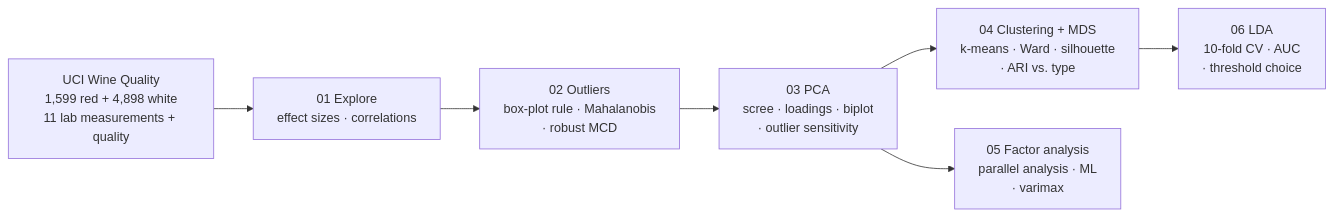
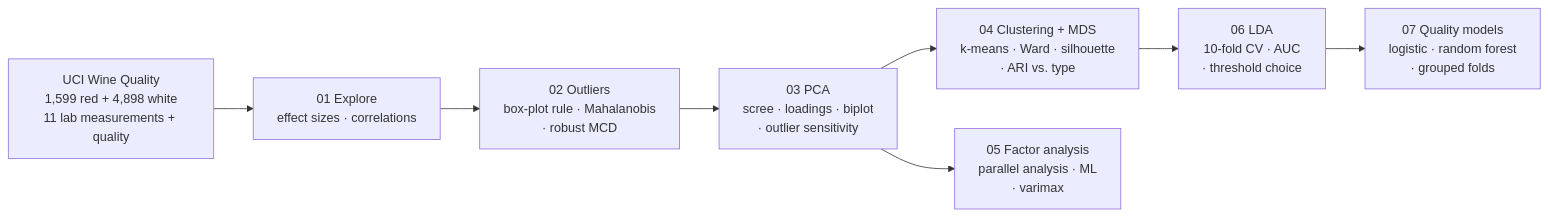
Before and after one commit to casildata/wine-quality-multivariate-analysis: the diagram in README.md, drawn with Mermaid. The commit also changed other lines of this file and 16 other files, not shown here.

````diff
--- a/README.md
+++ b/README.md
@@ -30,9 +31,10 @@
 ```mermaid
 flowchart LR
     A["UCI Wine Quality<br/>1,599 red + 4,898 white<br/>11 lab measurements + quality"] --> B["01 Explore<br/>effect sizes · correlations"]
     B --> C["02 Outliers<br/>box-plot rule · Mahalanobis<br/>· robust MCD"]
     C --> D["03 PCA<br/>scree · loadings · biplot<br/>· outlier sensitivity"]
     D --> E["04 Clustering + MDS<br/>k-means · Ward · silhouette<br/>· ARI vs. type"]
     D --> F["05 Factor analysis<br/>parallel analysis · ML<br/>· varimax"]
     E --> G["06 LDA<br/>10-fold CV · AUC<br/>· threshold choice"]
+    G --> H["07 Quality models<br/>logistic · random forest<br/>· grouped folds"]
 ```
````
